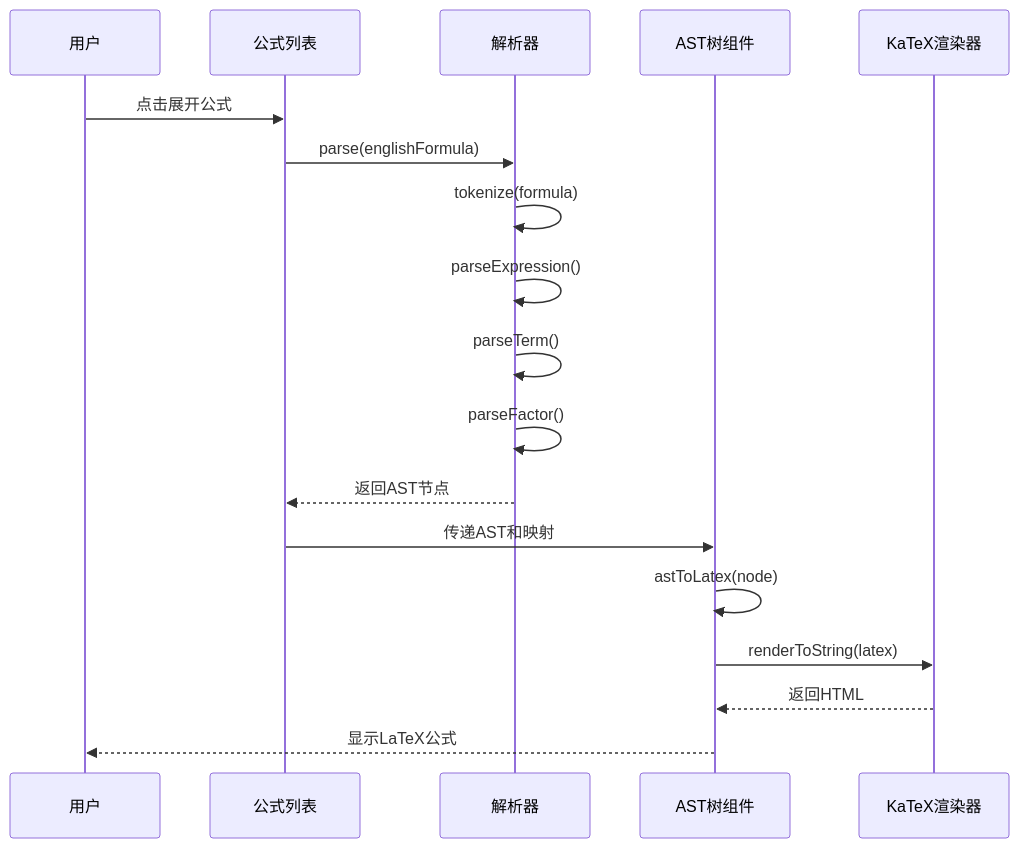
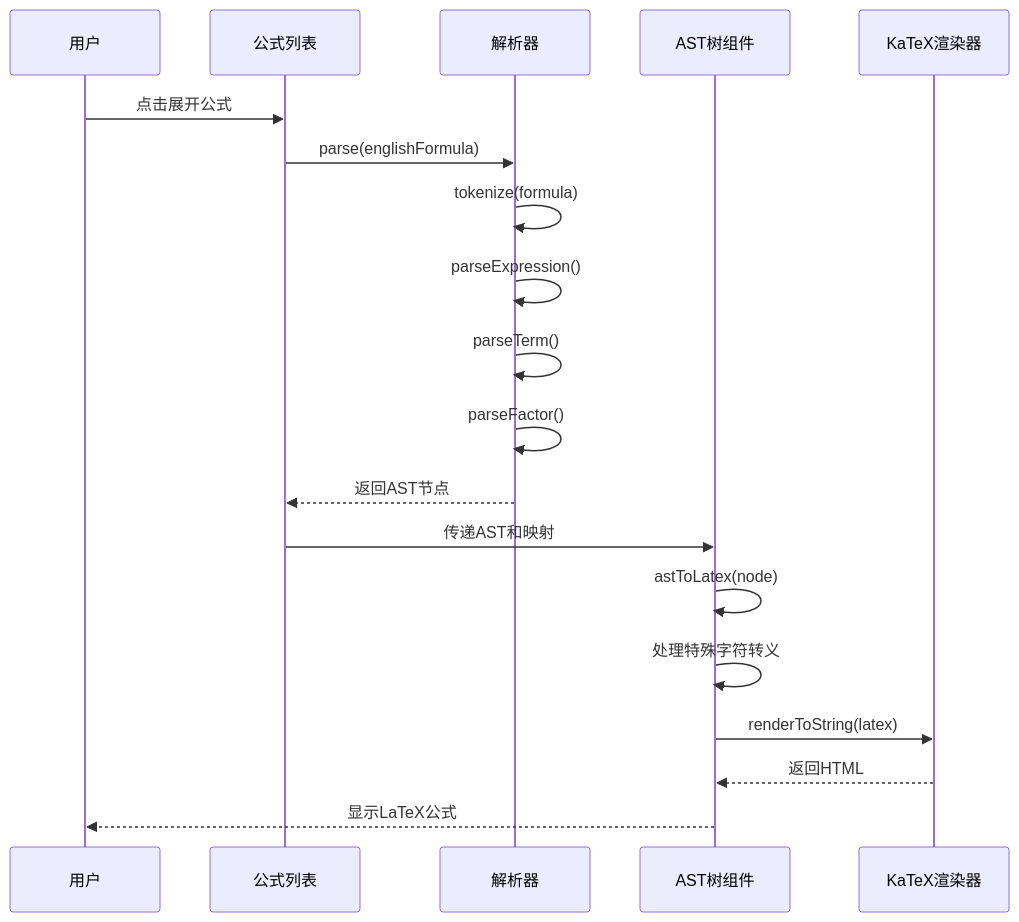
One commit to steveyu2/formula-mapper changed the second of 6 diagrams in .qoder/repowiki/zh/content/用户指南/可视化展示/AST树可视化.md. Above: the diagram before and after it, drawn with Mermaid. The commit also changed other lines of this file and 4 other files, not shown here.

````diff
--- a/.qoder/repowiki/zh/content/用户指南/可视化展示/AST树可视化.md
+++ b/.qoder/repowiki/zh/content/用户指南/可视化展示/AST树可视化.md
@@ -111,20 +124,21 @@
 ```mermaid
 sequenceDiagram
 participant User as 用户
 participant FormulaList as 公式列表
 participant Parser as 解析器
 participant ASTTree as AST树组件
 participant KaTeX as KaTeX渲染器
 User->>FormulaList : 点击展开公式
 FormulaList->>Parser : parse(englishFormula)
 Parser->>Parser : tokenize(formula)
 Parser->>Parser : parseExpression()
 Parser->>Parser : parseTerm()
 Parser->>Parser : parseFactor()
 Parser-->>FormulaList : 返回AST节点
 FormulaList->>ASTTree : 传递AST和映射
 ASTTree->>ASTTree : astToLatex(node)
+ASTTree->>ASTTree : 处理特殊字符转义
 ASTTree->>KaTeX : renderToString(latex)
 KaTeX-->>ASTTree : 返回HTML
 ASTTree-->>User : 显示LaTeX公式
 ```
````
